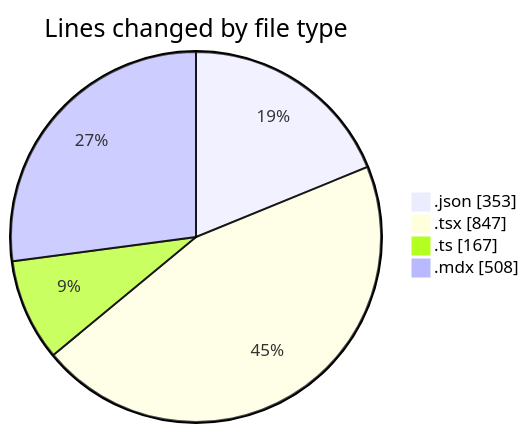
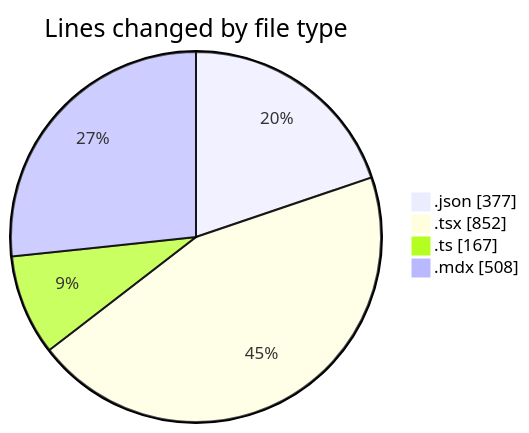
Before and after one commit to Elitesun/code-tracking: the first of 2 diagrams in 2025-05-01/niten/README.md, drawn with Mermaid. The commit also changed other lines of this file and 1 other file, not shown here.

````diff
--- a/2025-05-01/niten/README.md
+++ b/2025-05-01/niten/README.md
@@ -37,8 +37,8 @@
 ```mermaid
 pie showData
 title Lines changed by file type
-".json" : 353
-".tsx" : 847
+".json" : 377
+".tsx" : 852
 ".ts" : 167
 ".mdx" : 508
 ```
````
